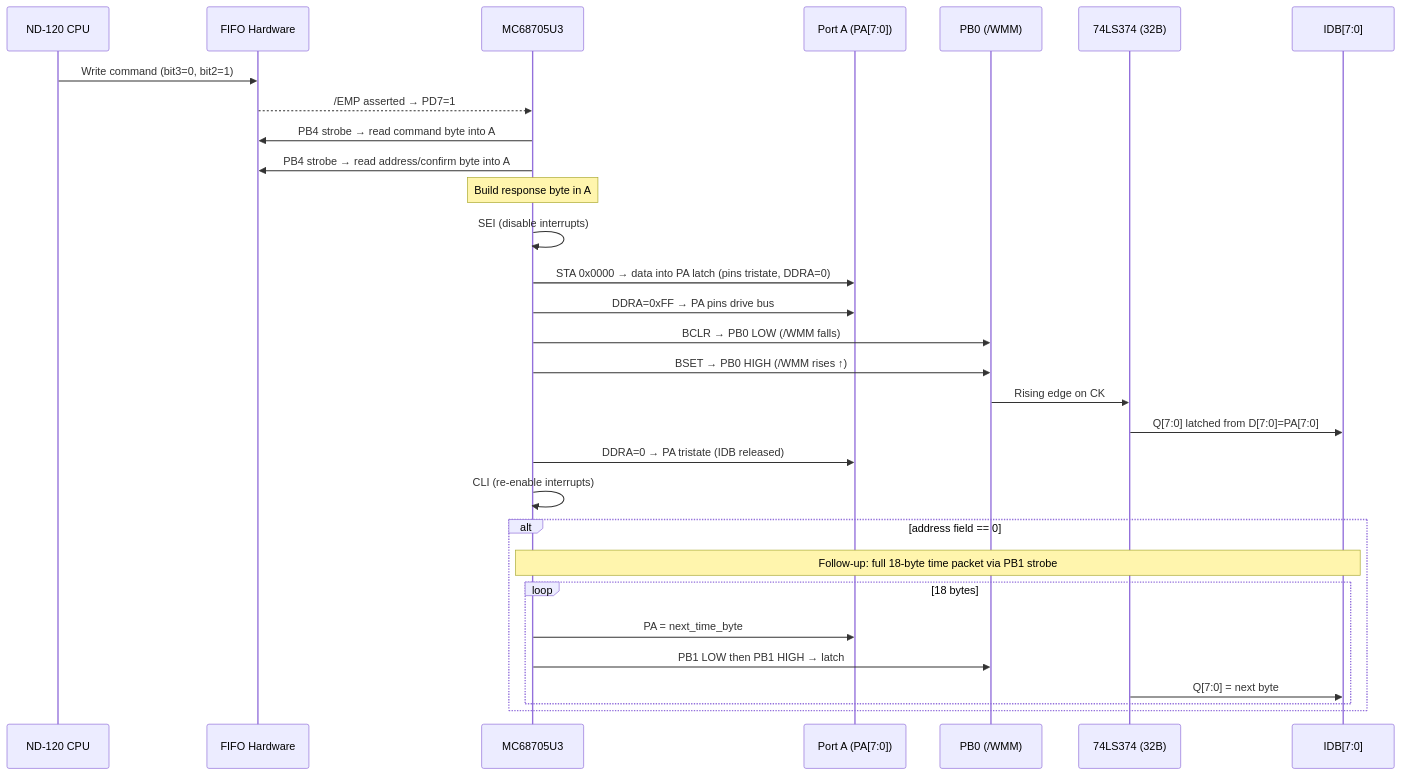
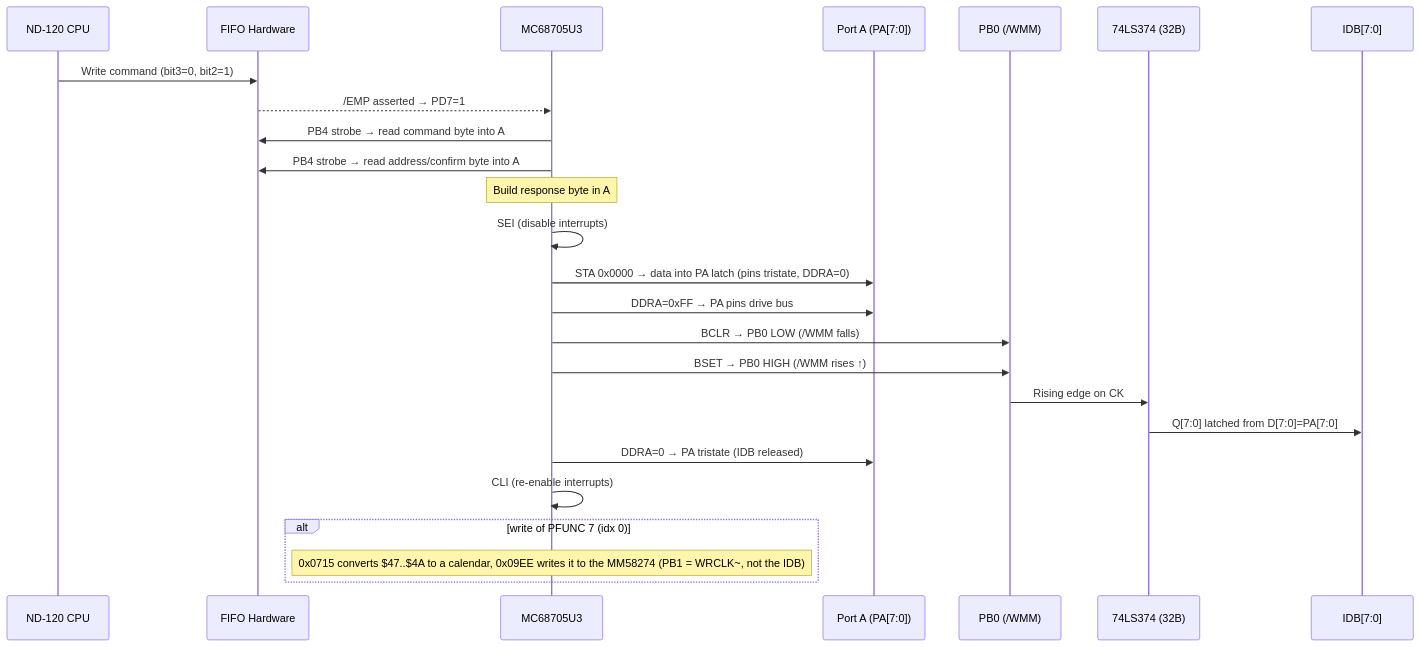
The eighth of 9 diagrams in Code/68705/U3/U3-COMPLETE.MD (RonnyA/nd-120), drawn with Mermaid before and after one commit. The commit also changed other lines of this file and 327 other files, not shown here.

````diff
--- a/Code/68705/U3/U3-COMPLETE.MD
+++ b/Code/68705/U3/U3-COMPLETE.MD
@@ -532,33 +560,28 @@
 ```mermaid
 sequenceDiagram
     participant ND120 as ND-120 CPU
     participant FIFO as FIFO Hardware
     participant MCU as MC68705U3
     participant PA as Port A (PA[7:0])
     participant PB0 as PB0 (/WMM)
     participant LS374 as 74LS374 (32B)
     participant IDB as IDB[7:0]
 
     ND120->>FIFO: Write command (bit3=0, bit2=1)
     FIFO-->>MCU: /EMP asserted → PD7=1
     MCU->>FIFO: PB4 strobe → read command byte into A
     MCU->>FIFO: PB4 strobe → read address/confirm byte into A
     Note over MCU: Build response byte in A
     MCU->>MCU: SEI (disable interrupts)
     MCU->>PA: STA 0x0000 → data into PA latch (pins tristate, DDRA=0)
     MCU->>PA: DDRA=0xFF → PA pins drive bus
     MCU->>PB0: BCLR → PB0 LOW (/WMM falls)
     MCU->>PB0: BSET → PB0 HIGH (/WMM rises ↑)
     PB0->>LS374: Rising edge on CK
     LS374->>IDB: Q[7:0] latched from D[7:0]=PA[7:0]
     MCU->>PA: DDRA=0 → PA tristate (IDB released)
     MCU->>MCU: CLI (re-enable interrupts)
-    alt address field == 0
-        Note over MCU,IDB: Follow-up: full 18-byte time packet via PB1 strobe
-        loop 18 bytes
-            MCU->>PA: PA = next_time_byte
-            MCU->>PB0: PB1 LOW then PB1 HIGH → latch
-            LS374->>IDB: Q[7:0] = next byte
-        end
+    alt write of PFUNC 7 (idx 0)
+        Note over MCU: 0x0715 converts $47..$4A to a calendar, 0x09EE writes it to the MM58274 (PB1 = WRCLK~, not the IDB)
     end
 ```
````
